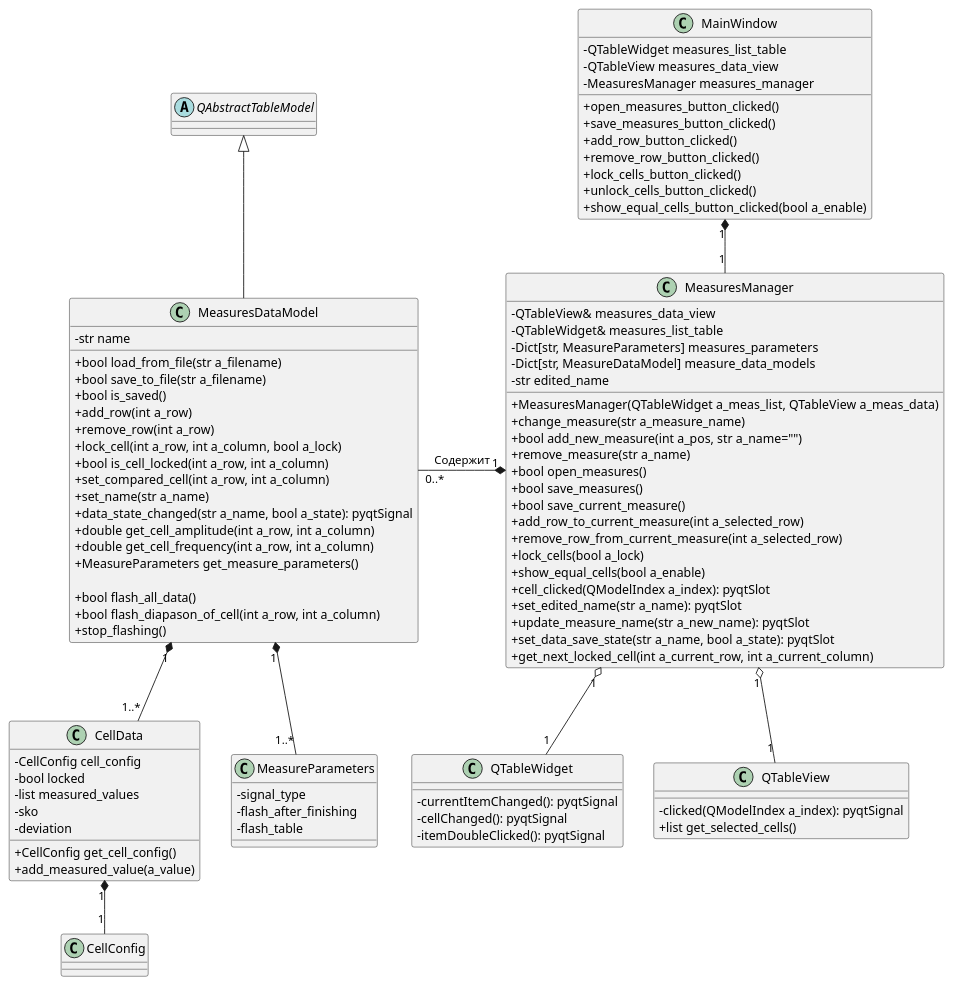
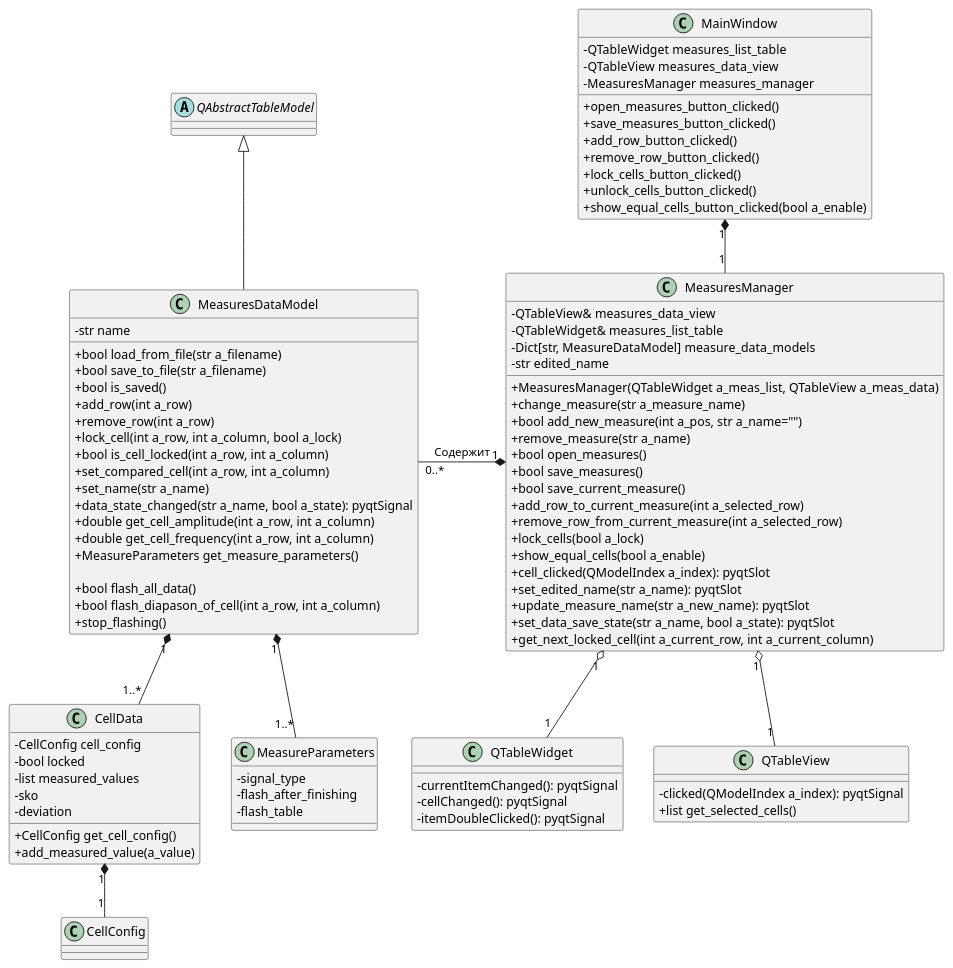
Before and after one commit to irsural/clb_autocalibration: the diagram in UML/mainwindow.puml, drawn with PlantUML. The commit also changed 11 other files, not shown here.

```diff
--- a/UML/mainwindow.puml
+++ b/UML/mainwindow.puml
@@ -1,110 +1,109 @@
 @startuml
 
 skinparam classAttributeIconSize 0
 
 abstract class QAbstractTableModel
 
 QAbstractTableModel <|-- MeasuresDataModel
 
 MainWindow "1" *-- "1" MeasuresManager
 MeasuresDataModel "0..*" -right--* "1" MeasuresManager: Содержит
 MeasuresDataModel "1" *-- "1..*" CellData
 MeasuresDataModel "1" *-- "1..*" MeasureParameters
 
 MeasuresManager "1" o-- "1" QTableWidget
 MeasuresManager "1" o-- "1" QTableView
 
 CellData "1" *-- "1" CellConfig
 
 
 class MainWindow {
 -QTableWidget measures_list_table
 -QTableView measures_data_view
 -MeasuresManager measures_manager
 
 +open_measures_button_clicked()
 +save_measures_button_clicked()
 +add_row_button_clicked()
 +remove_row_button_clicked()
 +lock_cells_button_clicked()
 +unlock_cells_button_clicked()
 +show_equal_cells_button_clicked(bool a_enable)
 }
 
 class MeasuresManager {
 -QTableView& measures_data_view
 -QTableWidget& measures_list_table
--Dict[str, MeasureParameters] measures_parameters
 -Dict[str, MeasureDataModel] measure_data_models
 -str edited_name
 +MeasuresManager(QTableWidget a_meas_list, QTableView a_meas_data)
 +change_measure(str a_measure_name)
 +bool add_new_measure(int a_pos, str a_name="")
 +remove_measure(str a_name)
 +bool open_measures()
 +bool save_measures()
 +bool save_current_measure()
 +add_row_to_current_measure(int a_selected_row)
 +remove_row_from_current_measure(int a_selected_row)
 +lock_cells(bool a_lock)
 +show_equal_cells(bool a_enable)
 +cell_clicked(QModelIndex a_index): pyqtSlot
 +set_edited_name(str a_name): pyqtSlot
 +update_measure_name(str a_new_name): pyqtSlot
 +set_data_save_state(str a_name, bool a_state): pyqtSlot
 +get_next_locked_cell(int a_current_row, int a_current_column)
 }
 
 class MeasuresDataModel {
 -str name
 +bool load_from_file(str a_filename)
 +bool save_to_file(str a_filename)
 +bool is_saved()
 +add_row(int a_row)
 +remove_row(int a_row)
 +lock_cell(int a_row, int a_column, bool a_lock)
 +bool is_cell_locked(int a_row, int a_column)
 +set_compared_cell(int a_row, int a_column)
 +set_name(str a_name)
 +data_state_changed(str a_name, bool a_state): pyqtSignal
 +double get_cell_amplitude(int a_row, int a_column)
 +double get_cell_frequency(int a_row, int a_column)
 +MeasureParameters get_measure_parameters()
 
 +bool flash_all_data()
 +bool flash_diapason_of_cell(int a_row, int a_column)
 +stop_flashing()
 }
 
 class MeasureParameters {
 -signal_type
 -flash_after_finishing
 -flash_table
 }
 
 class CellData {
 -CellConfig cell_config
 -bool locked
 -list measured_values
 -sko
 -deviation
 +CellConfig get_cell_config()
 +add_measured_value(a_value)
 }
 
 class CellConfig {
 
 }
 
 class QTableWidget {
 -currentItemChanged(): pyqtSignal
 -cellChanged(): pyqtSignal
 -itemDoubleClicked(): pyqtSignal
 }
 
 class QTableView {
 -clicked(QModelIndex a_index): pyqtSignal
 +list get_selected_cells()
 }
 
 @enduml
```
